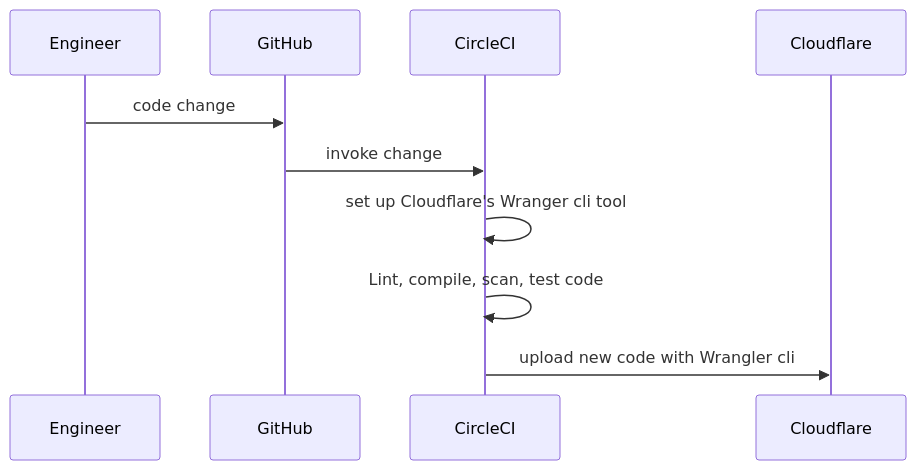
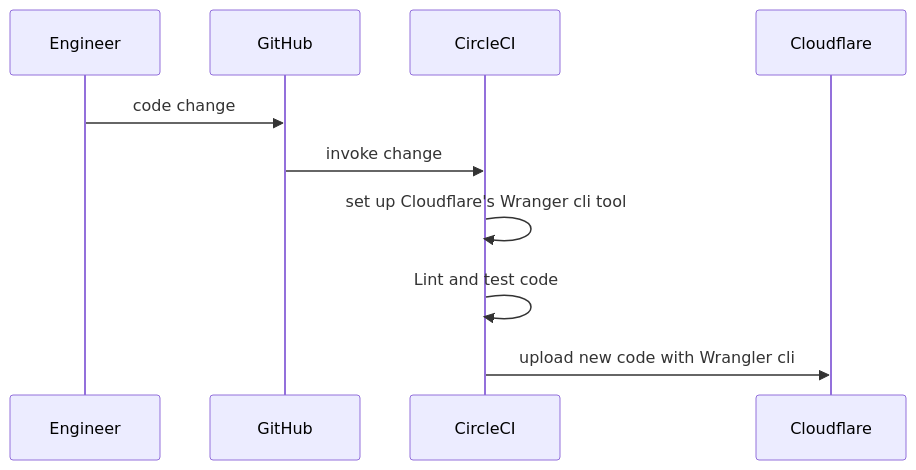
The diagram in README.md (Rusty-Magnet-Ltd/cloudflare_worker), drawn with Mermaid before and after one commit. The commit also changed other lines of this file and 1 other file, not shown here.

````diff
--- a/README.md
+++ b/README.md
@@ -46,13 +44,13 @@
 ```mermaid
 sequenceDiagram
 
    participant Engineer
    participant GitHub
    participant CircleCI
    participant Cloudflare
    Engineer->>GitHub: code change
    GitHub->>CircleCI: invoke change
    CircleCI->>CircleCI: set up Cloudflare's Wranger cli tool
-   CircleCI->>CircleCI: Lint, compile, scan, test code
+   CircleCI->>CircleCI: Lint and test code
    CircleCI->>Cloudflare: upload new code with Wrangler cli
 ```
````
